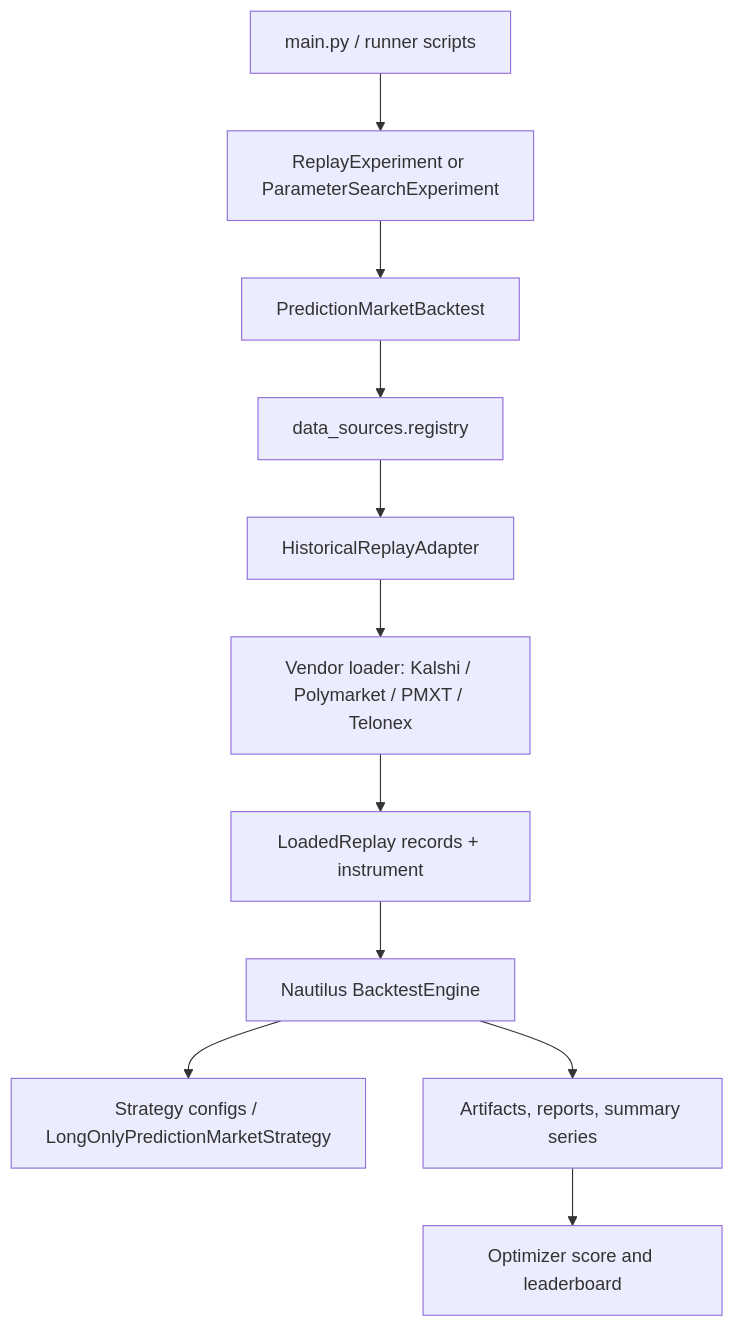
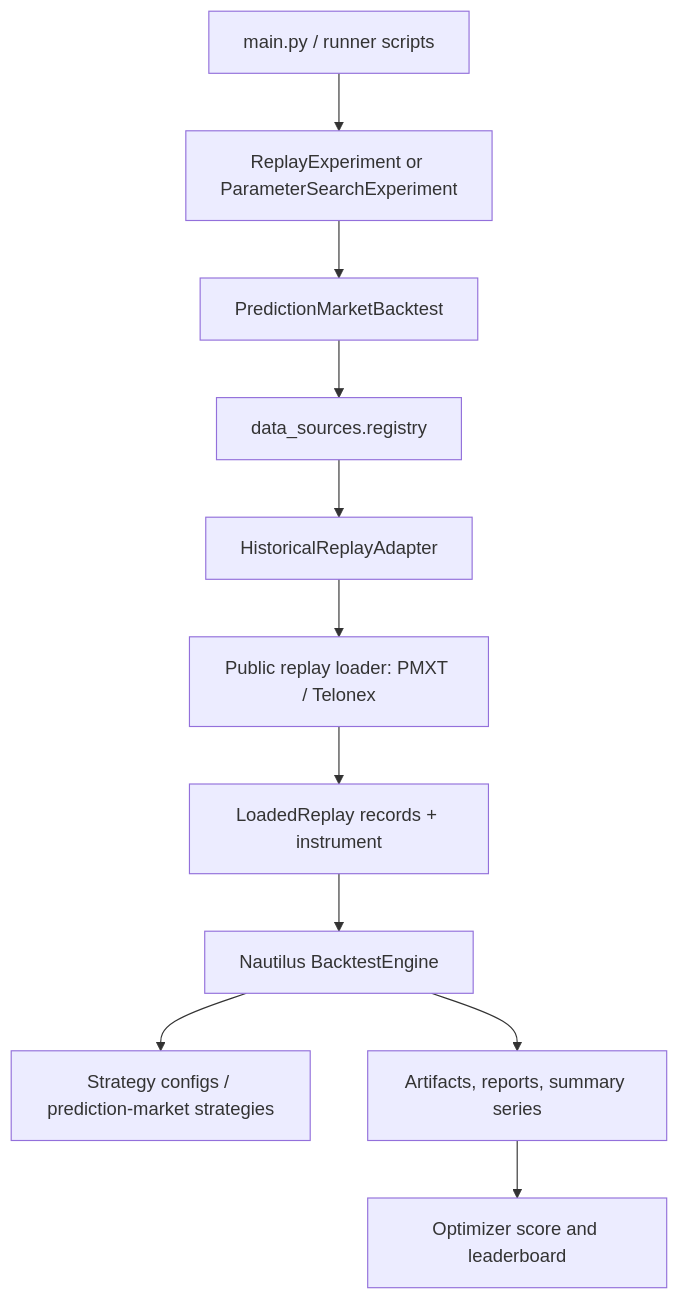
One commit to HyperFrequency/nautilus_prediction changed the diagram in CODEBASE_UML.md. Above: the diagram before and after it, drawn with Mermaid. The commit also changed other lines of this file and 5 other files, not shown here.

````diff
--- a/CODEBASE_UML.md
+++ b/CODEBASE_UML.md
@@ -9,13 +9,13 @@
 ```mermaid
 flowchart TD
     Main[main.py / runner scripts] --> Experiment[ReplayExperiment or ParameterSearchExperiment]
     Experiment --> Backtest[PredictionMarketBacktest]
     Backtest --> Registry[data_sources.registry]
     Registry --> Adapter[HistoricalReplayAdapter]
-    Adapter --> Loader[Vendor loader: Kalshi / Polymarket / PMXT / Telonex]
+    Adapter --> Loader[Public replay loader: PMXT / Telonex]
     Loader --> Records[LoadedReplay records + instrument]
     Records --> Engine[Nautilus BacktestEngine]
-    Engine --> Strategy[Strategy configs / LongOnlyPredictionMarketStrategy]
+    Engine --> Strategy[Strategy configs / prediction-market strategies]
     Engine --> Artifacts[Artifacts, reports, summary series]
     Artifacts --> Optimizer[Optimizer score and leaderboard]
 ```
````
